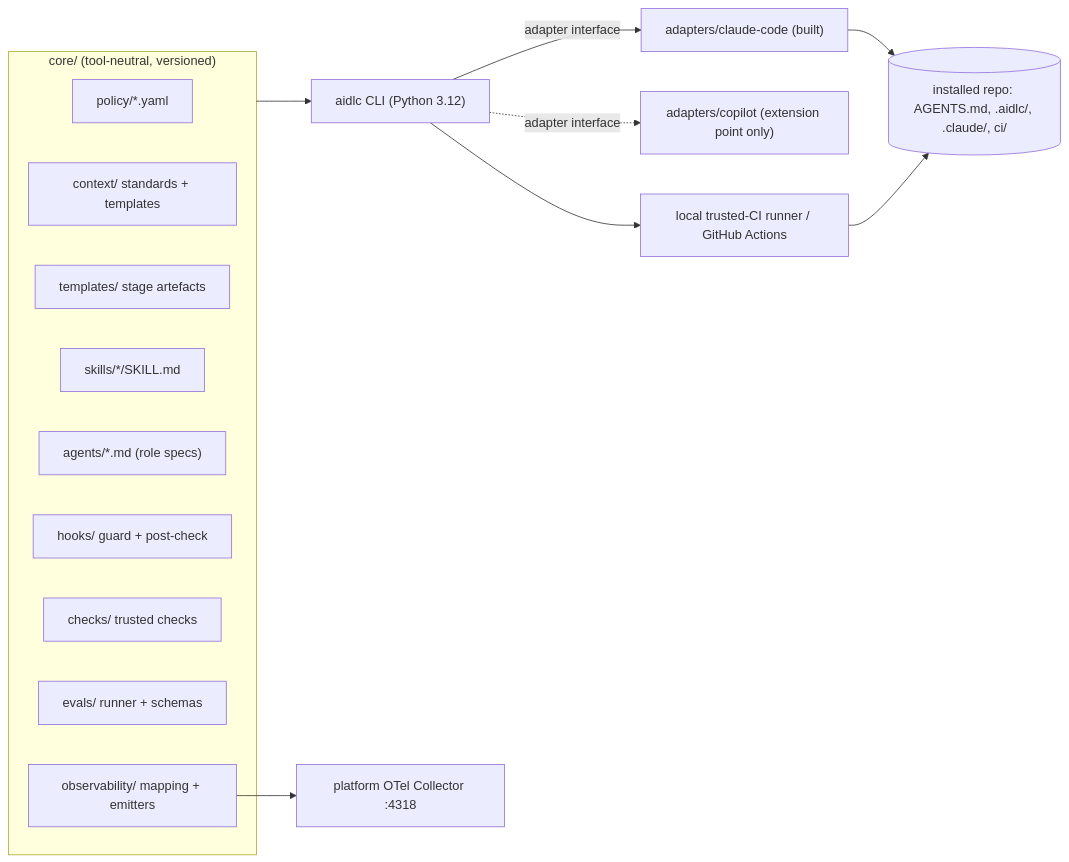
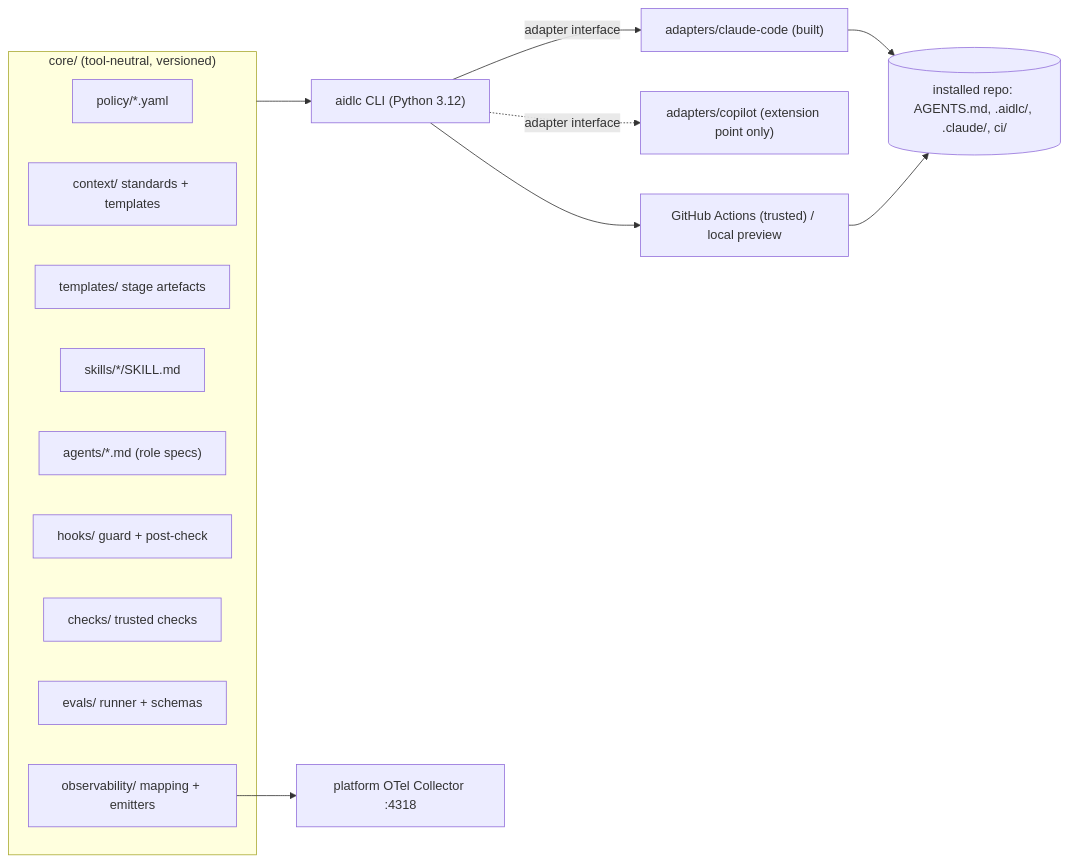
Before and after one commit to prashantsharma18/aidlc: the diagram in docs/design/2026-10-18-aidlc-framework-design.md, drawn with Mermaid. The commit also changed other lines of this file and 5 other files, not shown here.

First line of the commit message:
docs(checks): aidlc ci docs follow ADR 0002 (GitHub is the trusted CI; local preview; no merge-ready, trusted base or accept-base)

````diff
--- a/docs/design/2026-10-18-aidlc-framework-design.md
+++ b/docs/design/2026-10-18-aidlc-framework-design.md
@@ -65,22 +65,22 @@
 ```mermaid
 flowchart LR
   subgraph CORE["core/ (tool-neutral, versioned)"]
     POL["policy/*.yaml"]
     CTX["context/ standards + templates"]
     TPL["templates/ stage artefacts"]
     SK["skills/*/SKILL.md"]
     AG["agents/*.md (role specs)"]
     HK["hooks/ guard + post-check"]
     CK["checks/ trusted checks"]
     EV["evals/ runner + schemas"]
     OB["observability/ mapping + emitters"]
   end
   CLI["aidlc CLI (Python 3.12)"]
   CORE --> CLI
   CLI -- "adapter interface" --> CC["adapters/claude-code (built)"]
   CLI -. "adapter interface" .-> GH["adapters/copilot (extension point only)"]
   CC --> REPO[("installed repo: AGENTS.md, .aidlc/, .claude/, ci/")]
-  CLI --> CI["local trusted-CI runner / GitHub Actions"]
+  CLI --> CI["GitHub Actions (trusted) / local preview"]
   CI --> REPO
   OB --> COL["platform OTel Collector :4318"]
 ```
````
